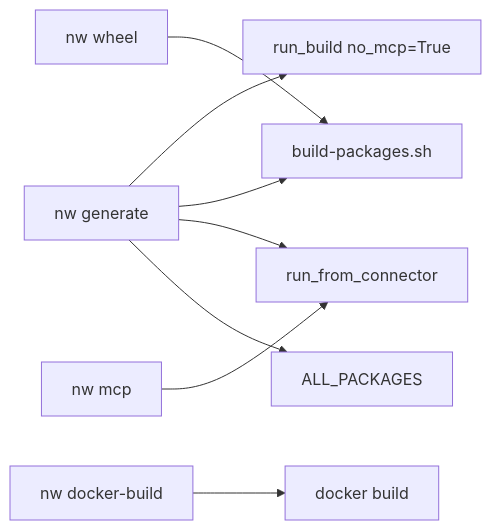
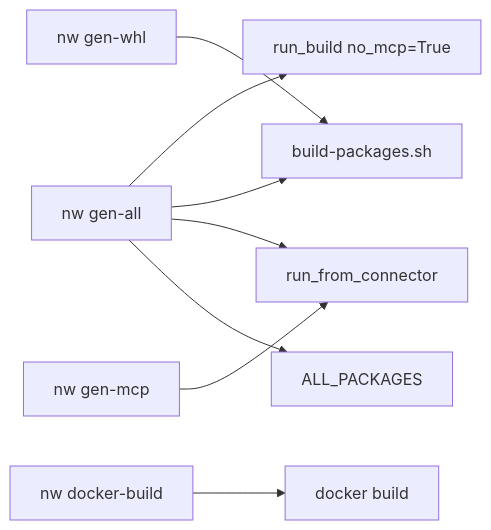
Before and after one commit to AOT-Technologies/node-wire: the diagram in docs/nw-cli.md, drawn with Mermaid. The commit also changed other lines of this file and 5 other files, not shown here.

````diff
--- a/docs/nw-cli.md
+++ b/docs/nw-cli.md
@@ -35,10 +35,10 @@
 ```mermaid
 flowchart LR
-  generate["nw generate"] --> runBuild["run_build no_mcp=True"]
+  generate["nw gen-all"] --> runBuild["run_build no_mcp=True"]
   generate --> wheelStage["build-packages.sh"]
   generate --> mcpStage["run_from_connector"]
   generate --> allPkgs["ALL_PACKAGES"]
-  wheelCmd["nw wheel"] --> wheelStage
-  mcpCmd["nw mcp"] --> mcpStage
+  wheelCmd["nw gen-whl"] --> wheelStage
+  mcpCmd["nw gen-mcp"] --> mcpStage
   dockerCmd["nw docker-build"] --> dockerBuild["docker build"]
 ```
````
